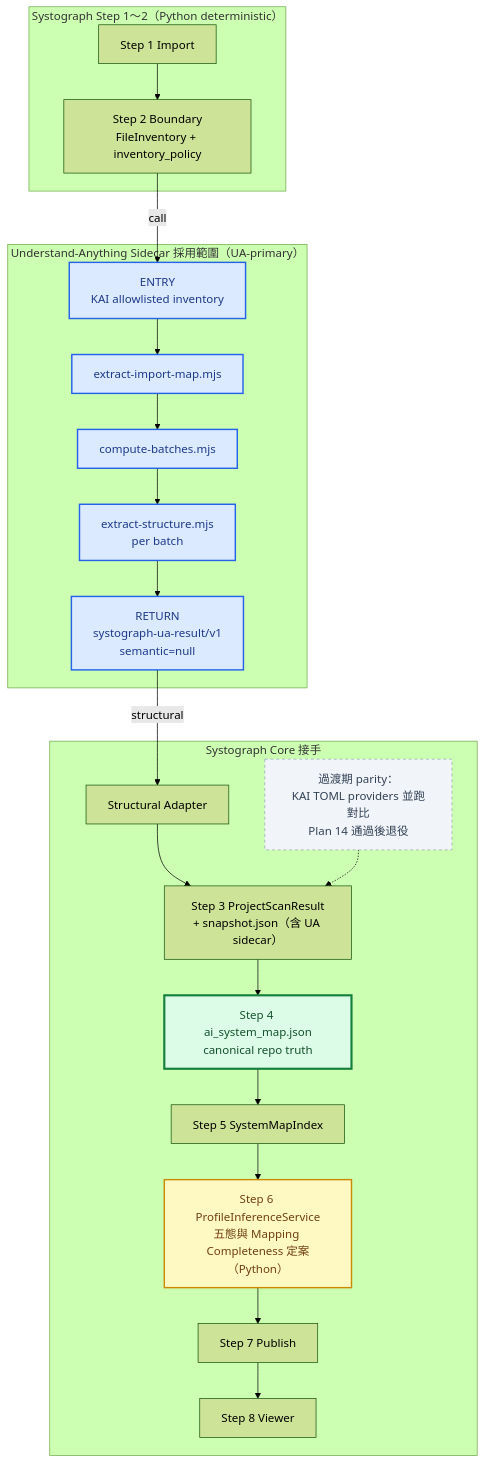
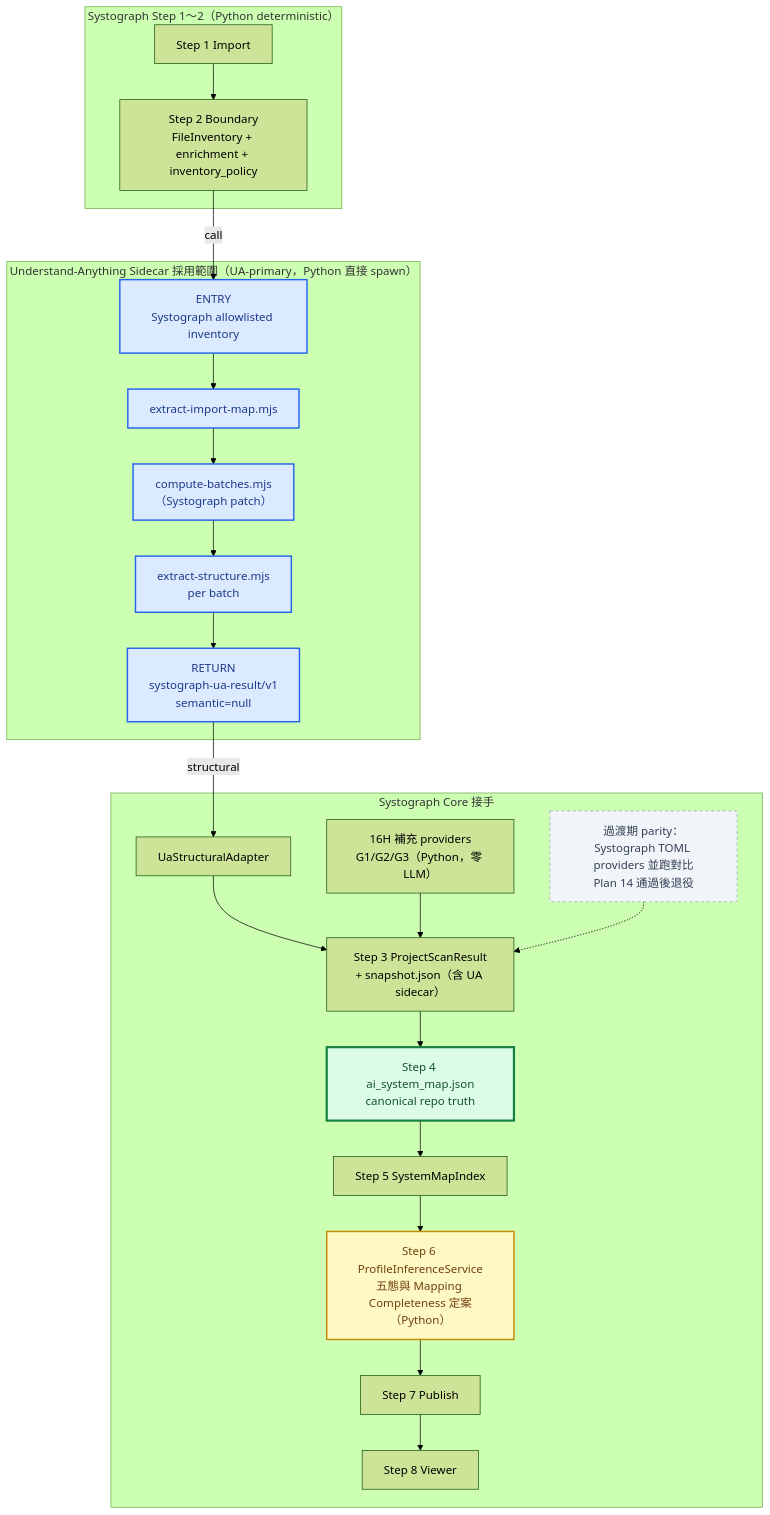
Before and after one commit to 1104030360/Systograph: the first of 2 diagrams in ref-opensource/systograph-understand-anything-integration-boundary.md, drawn with Mermaid (forest theme). The commit also changed other lines of this file and 15 other files, not shown here.

````diff
--- a/ref-opensource/systograph-understand-anything-integration-boundary.md
+++ b/ref-opensource/systograph-understand-anything-integration-boundary.md
@@ -406,47 +381,48 @@
 ```mermaid
 flowchart TB
     subgraph SYSTOGRAPH_PRE["Systograph Step 1～2（Python deterministic）"]
         K1["Step 1 Import"]
-        K2["Step 2 Boundary\nFileInventory + inventory_policy"]
+        K2["Step 2 Boundary\nFileInventory + enrichment + inventory_policy"]
         K1 --> K2
     end
 
-    subgraph UA["Understand-Anything Sidecar 採用範圍（UA-primary）"]
-        UENTRY["ENTRY\nKAI allowlisted inventory"]
+    subgraph UA["Understand-Anything Sidecar 採用範圍（UA-primary，Python 直接 spawn）"]
+        UENTRY["ENTRY\nSystograph allowlisted inventory"]
         U1["extract-import-map.mjs"]
-        U15["compute-batches.mjs"]
+        U15["compute-batches.mjs\n（Systograph patch）"]
         U2A["extract-structure.mjs\nper batch"]
         URETURN["RETURN\nsystograph-ua-result/v1\nsemantic=null"]
         UENTRY --> U1 --> U15 --> U2A --> URETURN
     end
 
     subgraph SYSTOGRAPH_CORE["Systograph Core 接手"]
-        A1["Structural Adapter"]
-        KP["過渡期 parity：\nKAI TOML providers 並跑對比\nPlan 14 通過後退役"]
+        A1["UaStructuralAdapter"]
+        PH["16H 補充 providers\nG1/G2/G3（Python，零 LLM）"]
+        KP["過渡期 parity：\nSystograph TOML providers 並跑對比\nPlan 14 通過後退役"]
         K3["Step 3 ProjectScanResult\n+ snapshot.json（含 UA sidecar）"]
         K4["Step 4 ai_system_map.json\ncanonical repo truth"]
         K5["Step 5 SystemMapIndex"]
 
         K6["Step 6 ProfileInferenceService\n五態與 Mapping Completeness 定案（Python）"]
 
         K7["Step 7 Publish"]
         K8["Step 8 Viewer"]
 
         A1 --> K3 --> K4 --> K5 --> K6 --> K7 --> K8
+        PH --> K3
         KP -.-> K3
     end
 
     K2 -->|"call"| UENTRY
     URETURN -->|"structural"| A1
 
-    classDef ai fill:#fae8ff,stroke:#a21caf,color:#581c87,stroke-width:2px;
     classDef ua fill:#dbeafe,stroke:#2563eb,color:#1e3a8a,stroke-width:2px;
     classDef canon fill:#dcfce7,stroke:#15803d,color:#14532d,stroke-width:3px;
     classDef gate fill:#fef9c3,stroke:#ca8a04,color:#713f12,stroke-width:2px;
     classDef transitional fill:#f1f5f9,stroke:#94a3b8,color:#334155,stroke-dasharray:4 4;
 
     class UENTRY,U1,U15,U2A,URETURN ua;
     class K4 canon;
     class K6 gate;
     class KP transitional;
 ```
````
